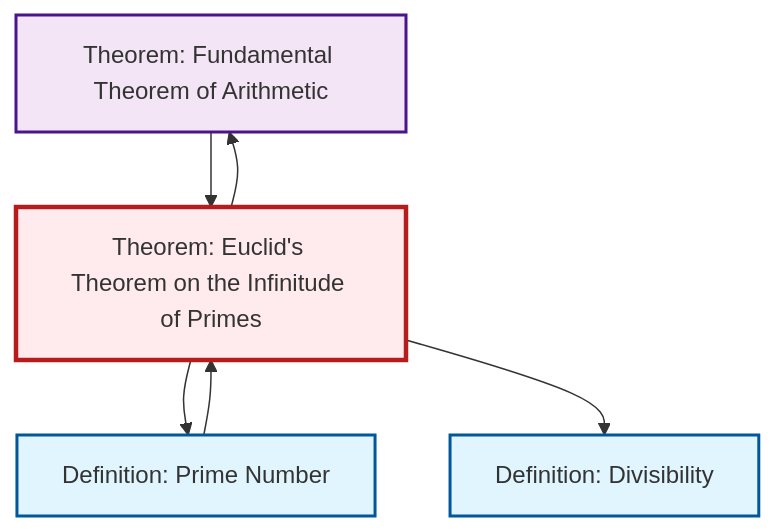
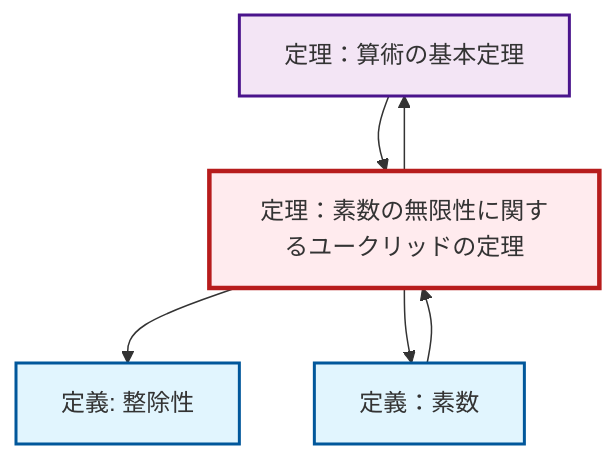
The diagram in content/ja/number-theory/thm-euclid-infinitude-primes.qmd (RK0429/ModernMath), drawn with Mermaid before and after one commit. The commit also changed 1069 other files, not shown here.

````diff
--- a/content/ja/number-theory/thm-euclid-infinitude-primes.qmd
+++ b/content/ja/number-theory/thm-euclid-infinitude-primes.qmd
@@ -95,22 +95,22 @@
 ```{mermaid}
 %%| fig-cap: "Local dependency graph"
 graph TD
     classDef definition fill:#e1f5fe,stroke:#01579b,stroke-width:2px
     classDef theorem fill:#f3e5f5,stroke:#4a148c,stroke-width:2px
     classDef axiom fill:#fff3e0,stroke:#e65100,stroke-width:2px
     classDef example fill:#e8f5e9,stroke:#1b5e20,stroke-width:2px
     classDef current fill:#ffebee,stroke:#b71c1c,stroke-width:3px
-    thm-fundamental-arithmetic["Theorem: Fundamental Theorem of Arithmetic"]:::theorem
-    thm-euclid-infinitude-primes["Theorem: Euclid's Theorem on the Infinitude of Primes"]:::theorem
-    def-divisibility["Definition: Divisibility"]:::definition
-    def-prime["Definition: Prime Number"]:::definition
+    thm-fundamental-arithmetic["定理：算術の基本定理"]:::theorem
+    def-prime["定義：素数"]:::definition
+    def-divisibility["定義: 整除性"]:::definition
+    thm-euclid-infinitude-primes["定理：素数の無限性に関するユークリッドの定理"]:::theorem
+    def-prime --> thm-euclid-infinitude-primes
+    thm-euclid-infinitude-primes --> thm-fundamental-arithmetic
+    thm-fundamental-arithmetic --> thm-euclid-infinitude-primes
+    thm-euclid-infinitude-primes --> def-divisibility
     thm-euclid-infinitude-primes --> def-prime
-    thm-fundamental-arithmetic --> thm-euclid-infinitude-primes
-    thm-euclid-infinitude-primes --> thm-fundamental-arithmetic
-    thm-euclid-infinitude-primes --> def-divisibility
-    def-prime --> thm-euclid-infinitude-primes
     class thm-euclid-infinitude-primes current
-    click thm-fundamental-arithmetic "thm-fundamental-arithmetic.html" "Theorem: Fundamental Theorem of Arithmeticへ"
-    click def-divisibility "def-divisibility.html" "Definition: Divisibilityへ"
-    click def-prime "def-prime.html" "Definition: Prime Numberへ"
+    click thm-fundamental-arithmetic "thm-fundamental-arithmetic.html" "定理：算術の基本定理へ"
+    click def-prime "def-prime.html" "定義：素数へ"
+    click def-divisibility "def-divisibility.html" "整除性の定義へ"
 ```
````
